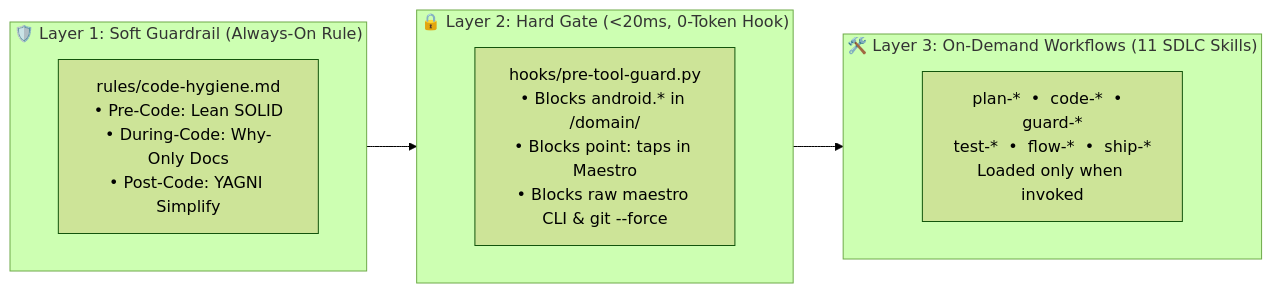
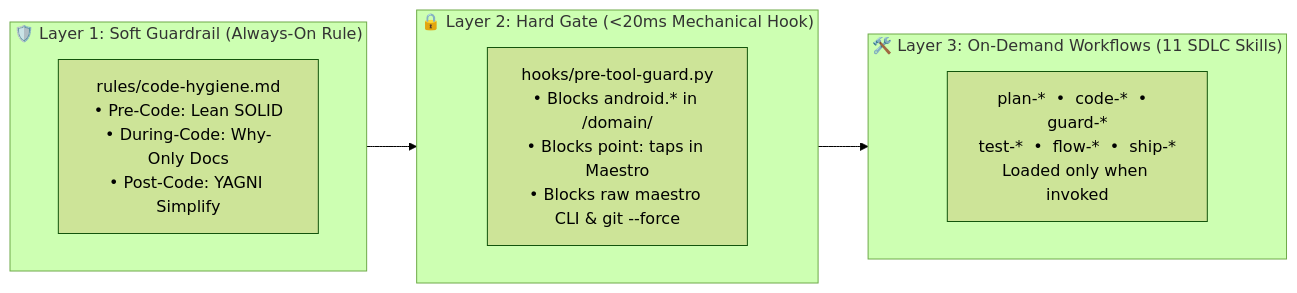
Before and after one commit to yukido0205/android-agentic-sdlc: the first of 4 diagrams in README.md, drawn with Mermaid (forest theme). The commit also changed other lines of this file and 13 other files, not shown here.

````diff
--- a/README.md
+++ b/README.md
@@ -38,16 +38,16 @@
 ```mermaid
 flowchart LR
     subgraph L1["🛡️ Layer 1: Soft Guardrail (Always-On Rule)"]
         R["rules/code-hygiene.md<br/>• Pre-Code: Lean SOLID<br/>• During-Code: Why-Only Docs<br/>• Post-Code: YAGNI Simplify"]
     end
 
-    subgraph L2["🔒 Layer 2: Hard Gate (<20ms, 0-Token Hook)"]
+    subgraph L2["🔒 Layer 2: Hard Gate (<20ms Mechanical Hook)"]
         H["hooks/pre-tool-guard.py<br/>• Blocks android.* in /domain/<br/>• Blocks point: taps in Maestro<br/>• Blocks raw maestro CLI & git --force"]
     end
 
     subgraph L3["🛠️ Layer 3: On-Demand Workflows (11 SDLC Skills)"]
         S["plan-*  •  code-*  •  guard-*<br/>test-*  •  flow-*  •  ship-*<br/>Loaded only when invoked"]
     end
 
     L1 --> L2 --> L3
 ```
````
